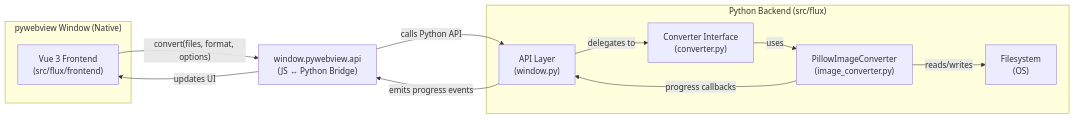
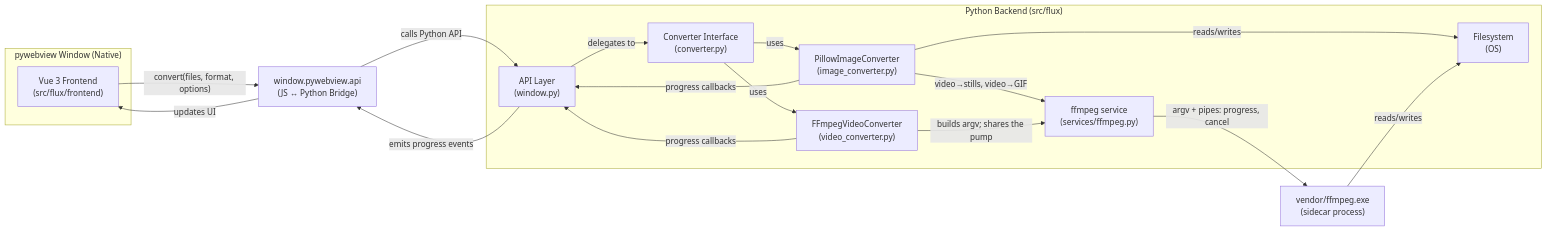
One commit to agniveshtm/flux changed the diagram in docs/ARCHITECTURE.md. Above: the diagram before and after it, drawn with Mermaid. The commit also changed other lines of this file and 3 other files, not shown here.

First line of the commit message:
docs(project): record Phase 2.1 scope, decisions, and architecture

````diff
--- a/docs/ARCHITECTURE.md
+++ b/docs/ARCHITECTURE.md
@@ -5,24 +5,34 @@
 ```mermaid
 flowchart LR
     subgraph Desktop["pywebview Window (Native)"]
         FE["Vue 3 Frontend\n(src/flux/frontend)"]
     end
 
     Bridge["window.pywebview.api\n(JS ↔ Python Bridge)"]
 
     subgraph Backend["Python Backend (src/flux)"]
         API["API Layer\n(window.py)"]
         Conv["Converter Interface\n(converter.py)"]
         ImgConv["PillowImageConverter\n(image_converter.py)"]
+        VidConv["FFmpegVideoConverter\n(video_converter.py)"]
+        FFmpegSvc["ffmpeg service\n(services/ffmpeg.py)"]
         FS["Filesystem\n(OS)"]
     end
+
+    FFmpeg["vendor/ffmpeg.exe\n(sidecar process)"]
 
     FE -- "convert(files, format, options)" --> Bridge
     Bridge -- "calls Python API" --> API
     API -- "delegates to" --> Conv
     Conv -- "uses" --> ImgConv
+    Conv -- "uses" --> VidConv
+    ImgConv -- "video→stills, video→GIF" --> FFmpegSvc
+    VidConv -- "builds argv; shares the pump" --> FFmpegSvc
+    FFmpegSvc -- "argv + pipes: progress, cancel" --> FFmpeg
     ImgConv -- "reads/writes" --> FS
+    FFmpeg -- "reads/writes" --> FS
     ImgConv -- "progress callbacks" --> API
+    VidConv -- "progress callbacks" --> API
     API -- "emits progress events" --> Bridge
     Bridge -- "updates UI" --> FE
 ```
````
